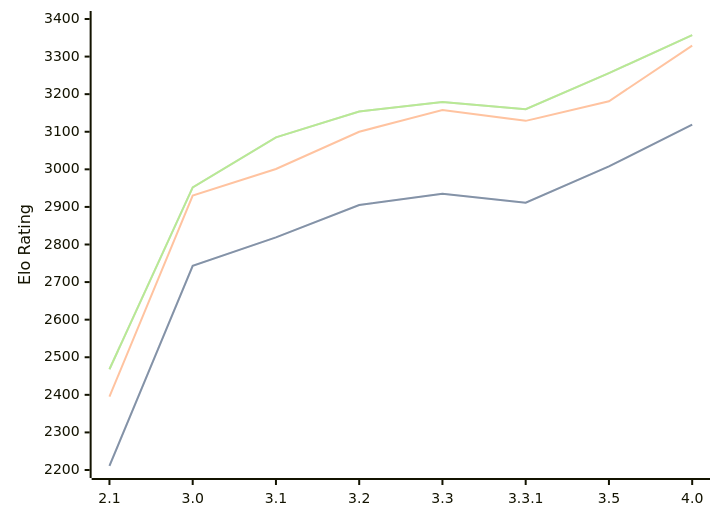
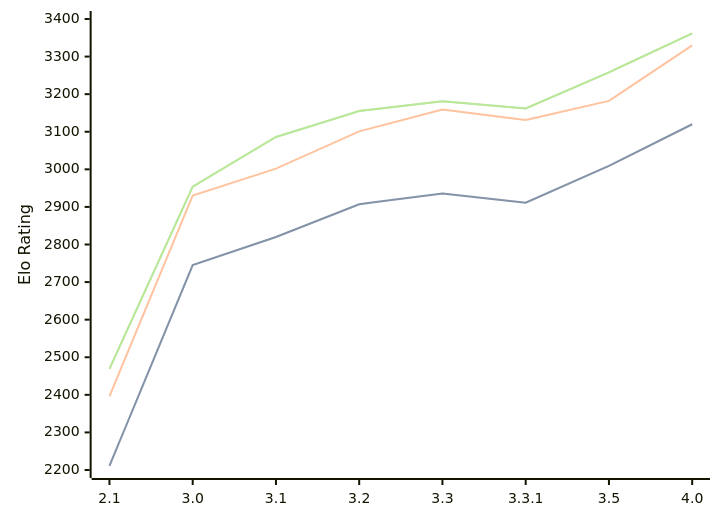
Before and after one commit to computer-chess-index/cci: the diagram in engines/Petrel.md, drawn with Mermaid. The commit also changed other lines of this file, not shown here.

Commit message:
Update CCI Ratings (ELO VLTC) - 2026-08-15

````diff
--- a/engines/Petrel.md
+++ b/engines/Petrel.md
@@ -38,11 +38,11 @@
 ```mermaid
 %%{init: {"theme":"base","themeVariables":{"seriesColors:['#a3a3a3','#222221','#faa371']}}}%%
 xychart-beta
   x-axis ["2.1", "3.0", "3.1", "3.2", "3.3", "3.3.1", "3.5", "4.0"]
   y-axis "Elo Rating" 2200 --> 3400
-  line "STC (8.0+0.08s)" [2211, 2743, 2819, 2905, 2935, 2911, 3008, 3119]
-  line "STC (8.0+0.08s)" [2211, 2743, 2819, 2905, 2935, 2911, 3008, 3119]
-  line "LTC (60.0+0.60s)" [2395, 2930, 3001, 3100, 3158, 3129, 3181, 3329]
-  line "VLTC (2m24s+1.12s)" [2468, 2952, 3085, 3154, 3179, 3160, 3256, 3357]
-  line "VLTC (2m24s+1.12s)" [2468, 2952, 3085, 3154, 3179, 3160, 3256, 3357]
+  line "STC (8.0+0.08s)" [2211, 2745, 2820, 2907, 2936, 2911, 3009, 3120]
+  line "STC (8.0+0.08s)" [2211, 2745, 2820, 2907, 2936, 2911, 3009, 3120]
+  line "LTC (60.0+0.60s)" [2396, 2930, 3002, 3101, 3159, 3131, 3182, 3330]
+  line "VLTC (2m24s+1.12s)" [2469, 2954, 3086, 3155, 3181, 3162, 3258, 3362]
+  line "VLTC (2m24s+1.12s)" [2469, 2954, 3086, 3155, 3181, 3162, 3258, 3362]
 ```
````
